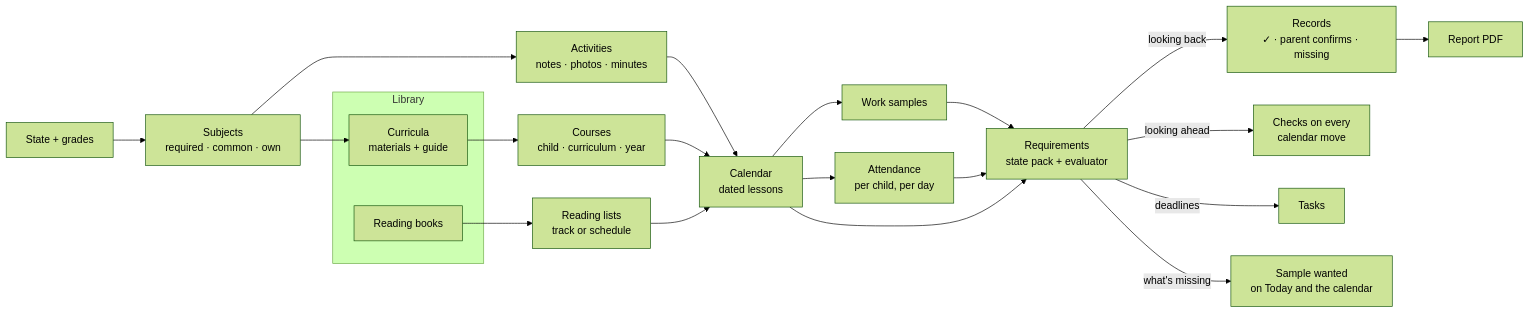
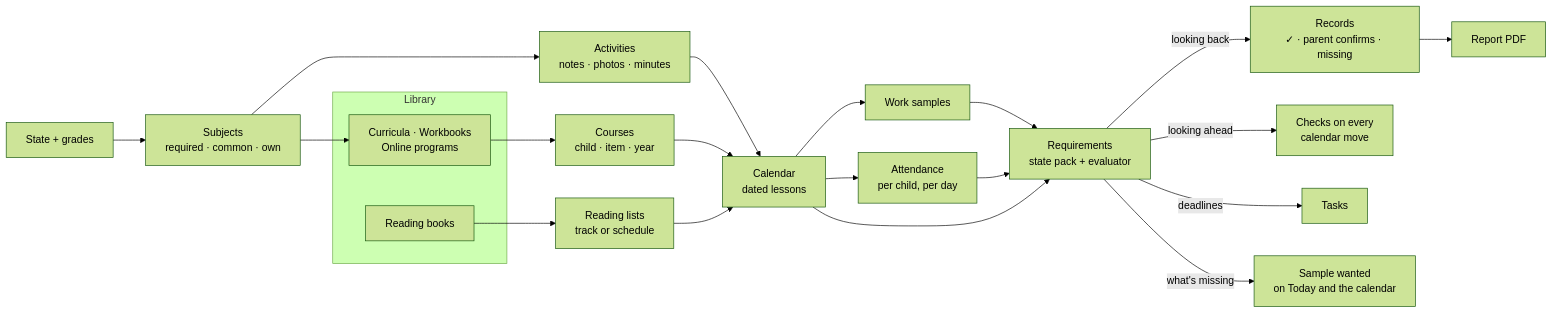
One commit to Object-Advanced/curiculy changed the diagram in docs/6-planning/product-spine.md. Above: the diagram before and after it, drawn with Mermaid (forest theme). The commit also changed other lines of this file and 10 other files, not shown here.

````diff
--- a/docs/6-planning/product-spine.md
+++ b/docs/6-planning/product-spine.md
@@ -31,25 +31,25 @@
 ```mermaid
 flowchart LR
   subgraph Library
-    C[Curricula<br/>materials + guide]
+    C[Curricula · Workbooks<br/>Online programs]
     R[Reading books]
   end
   ST[State + grades] --> SU[Subjects<br/>required · common · own]
   SU --> C
   SU --> AC[Activities<br/>notes · photos · minutes]
-  C --> CO[Courses<br/>child · curriculum · year]
+  C --> CO[Courses<br/>child · item · year]
   AC --> CAL
   R --> RL[Reading lists<br/>track or schedule]
   CO --> CAL[Calendar<br/>dated lessons]
   RL --> CAL
   CAL --> WS[Work samples]
   CAL --> AT[Attendance<br/>per child, per day]
   WS --> REQ[Requirements<br/>state pack + evaluator]
   AT --> REQ
   CAL --> REQ
   REQ -->|looking back| REC[Records<br/>✓ · parent confirms · missing]
   REC --> PDF[Report PDF]
   REQ -->|looking ahead| CHK[Checks on every<br/>calendar move]
   REQ -->|deadlines| T[Tasks]
   REQ -->|what's missing| SW[Sample wanted<br/>on Today and the calendar]
 ```
````
